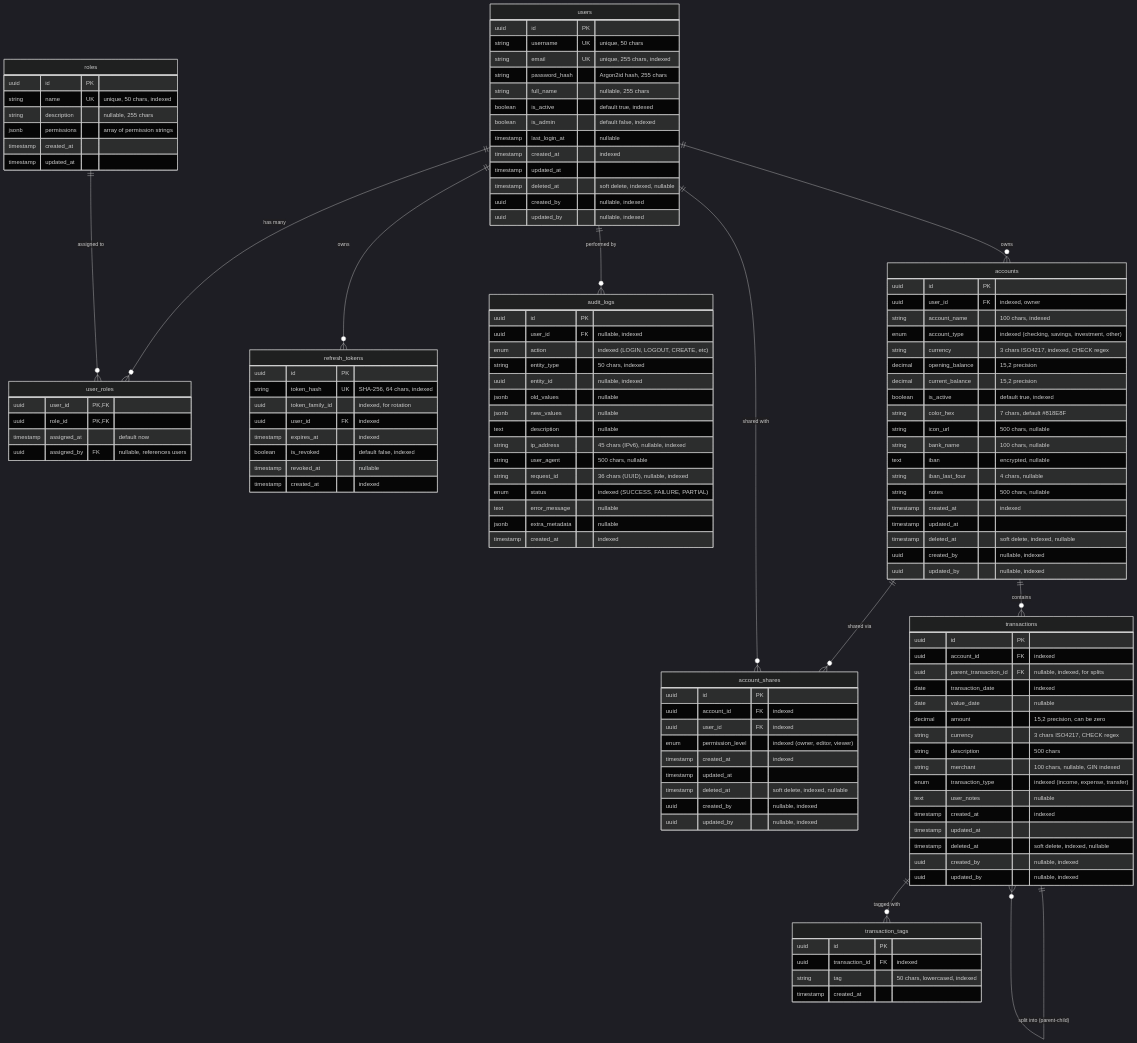
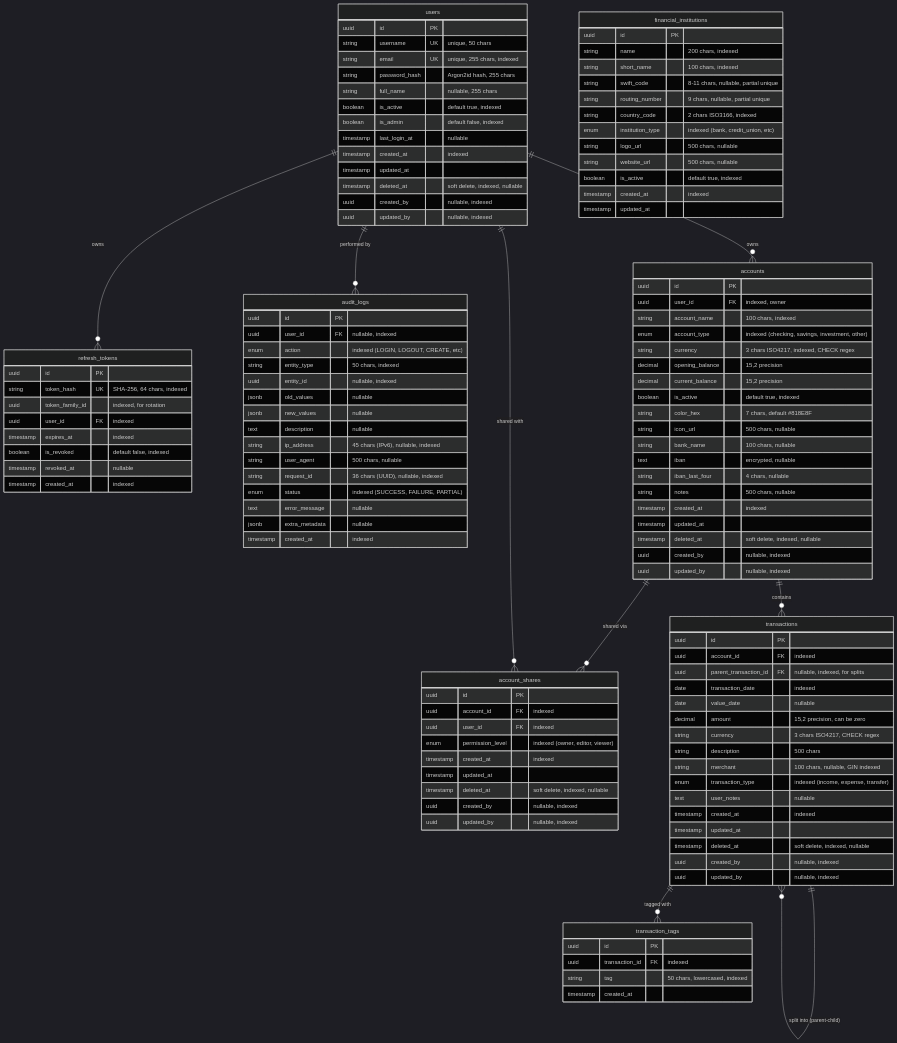
One commit to daniel-torresc/emerald-backend changed the diagram in docs/database-schema.md. Above: the diagram before and after it, drawn with Mermaid (dark theme). The commit also changed other lines of this file and 18 other files, not shown here.

First line of the commit message:
feat: add financial institutions master data management

````diff
--- a/docs/database-schema.md
+++ b/docs/database-schema.md
@@ -16,8 +16,6 @@
 ```mermaid
 erDiagram
     %% Core User Management
-    users ||--o{ user_roles : "has many"
-    roles ||--o{ user_roles : "assigned to"
     users ||--o{ refresh_tokens : "owns"
     users ||--o{ audit_logs : "performed by"
 
@@ -30,6 +28,22 @@
     accounts ||--o{ transactions : "contains"
     transactions ||--o{ transactions : "split into (parent-child)"
     transactions ||--o{ transaction_tags : "tagged with"
+
+    %% Financial Institutions (Master Data)
+    financial_institutions {
+        uuid id PK
+        string name "200 chars, indexed"
+        string short_name "100 chars, indexed"
+        string swift_code "8-11 chars, nullable, partial unique"
+        string routing_number "9 chars, nullable, partial unique"
+        string country_code "2 chars ISO3166, indexed"
+        enum institution_type "indexed (bank, credit_union, etc)"
+        string logo_url "500 chars, nullable"
+        string website_url "500 chars, nullable"
+        boolean is_active "default true, indexed"
+        timestamp created_at "indexed"
+        timestamp updated_at
+    }
 
     %% User Entity
     users {
@@ -46,24 +60,6 @@
         timestamp deleted_at "soft delete, indexed, nullable"
         uuid created_by "nullable, indexed"
         uuid updated_by "nullable, indexed"
-    }
-
-    %% Role Entity
-    roles {
-        uuid id PK
-        string name UK "unique, 50 chars, indexed"
-        string description "nullable, 255 chars"
-        jsonb permissions "array of permission strings"
-        timestamp created_at
-        timestamp updated_at
-    }
-
-    %% User-Role Junction Table
-    user_roles {
-        uuid user_id PK,FK
-        uuid role_id PK,FK
-        timestamp assigned_at "default now"
-        uuid assigned_by FK "nullable, references users"
     }
 
     %% Refresh Token Entity
````
